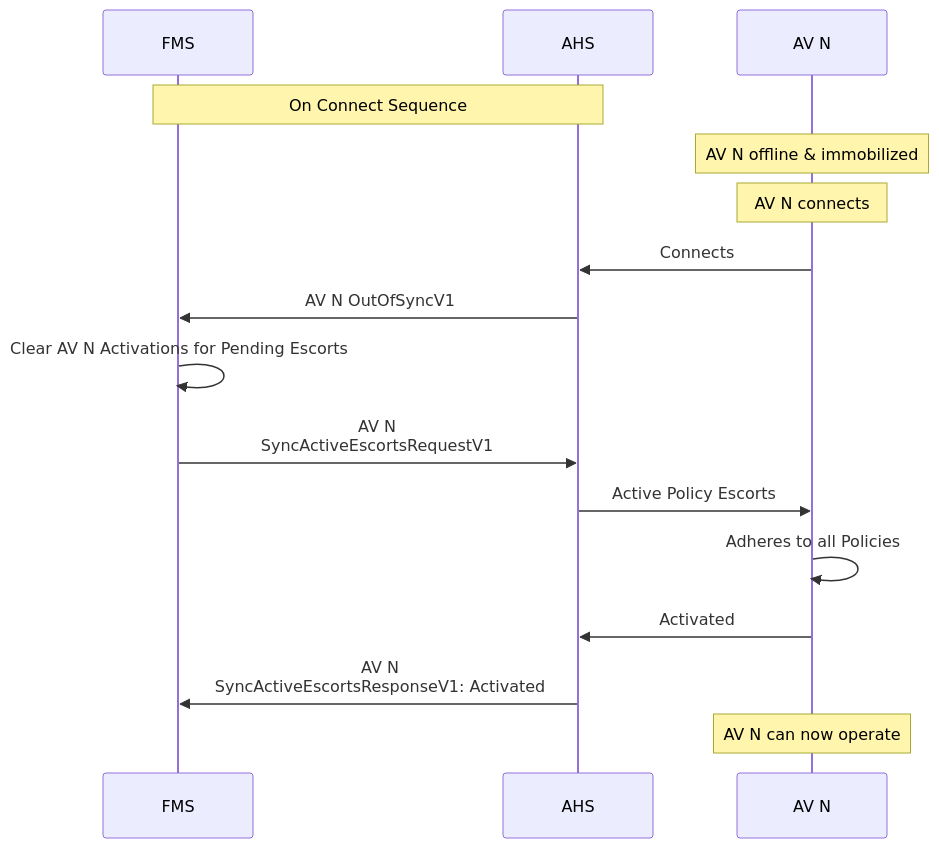
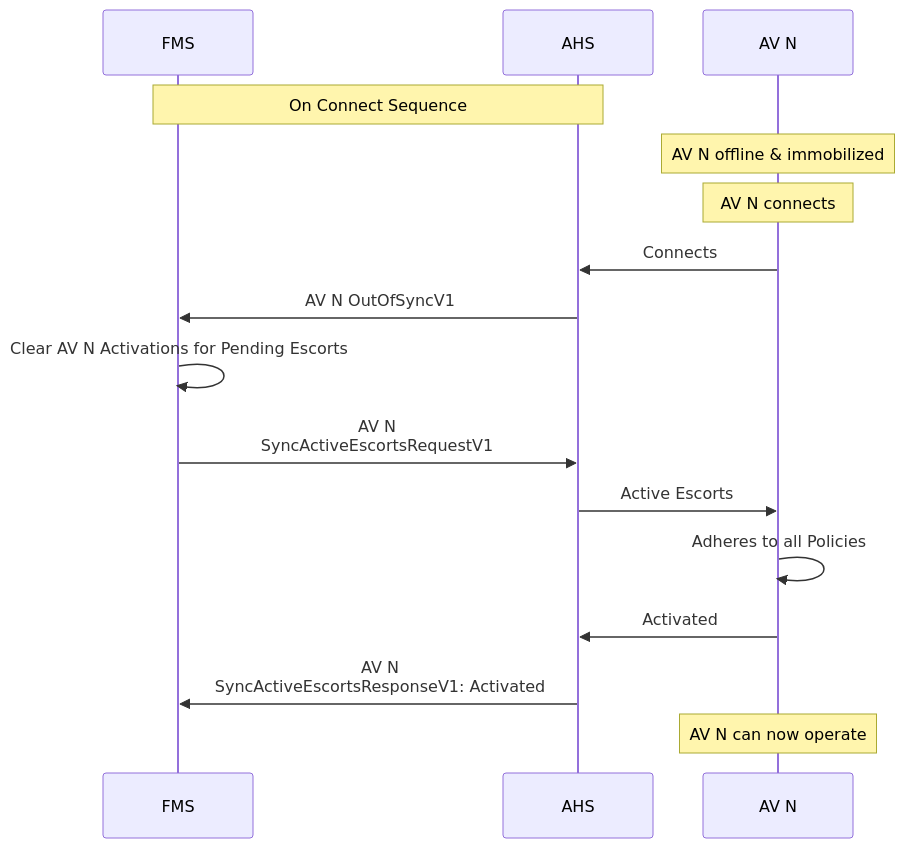
Before and after one commit to open-autonomy/escort: the first of 3 diagrams in diagram/Synchronization.md, drawn with Mermaid. The commit also changed other lines of this file and 16 other files, not shown here.

````diff
--- a/diagram/Synchronization.md
+++ b/diagram/Synchronization.md
@@ -13,25 +13,25 @@
 ```mermaid
 sequenceDiagram
     participant FMS
     participant AHS
     participant AV N
 
     Note over FMS, AHS: On Connect Sequence
     Note over AV N: AV N offline & immobilized
 
     Note Over AV N: AV N connects
 
     AV N->>AHS: Connects
 
     AHS->>FMS: AV N OutOfSyncV1
     FMS->>FMS: Clear AV N Activations for Pending Escorts
 
     FMS->>AHS: AV N <br/> SyncActiveEscortsRequestV1
-    AHS->>AV N: Active Policy Escorts
+    AHS->>AV N: Active Escorts
     AV N->>AV N: Adheres to all Policies
     AV N->>AHS: Activated
 
     AHS->>FMS: AV N <br/> SyncActiveEscortsResponseV1: Activated
 
     Note Over AV N: AV N can now operate
 ```
````
